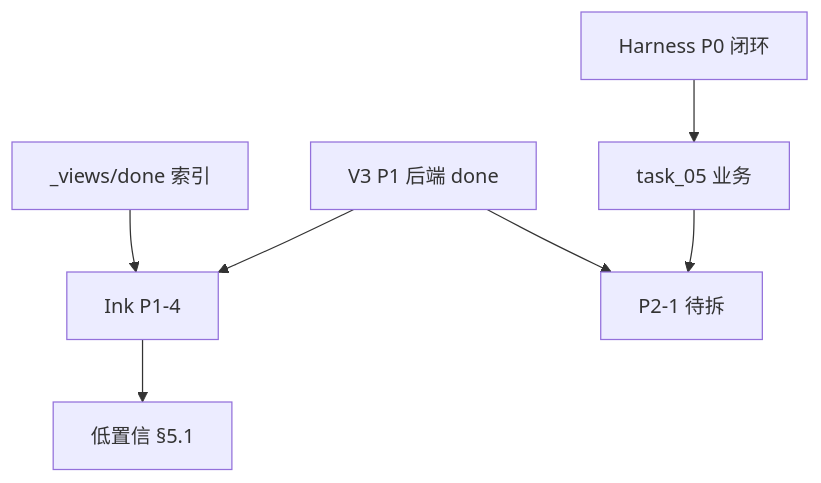
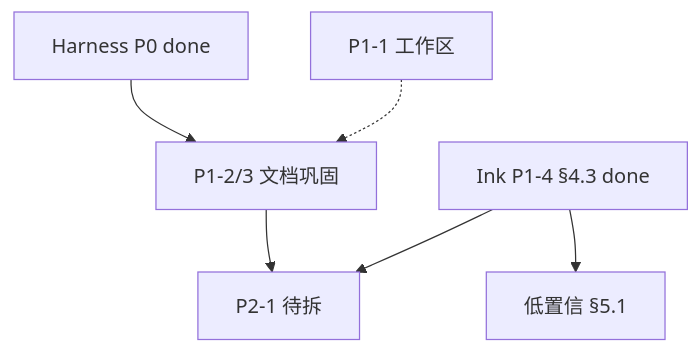
One commit to Cyning12/ai-ink-brain-api-python changed the second of 2 diagrams in docs/tasks/RECENT_TASK_SCHEDULE.md. Above: the diagram before and after it, drawn with Mermaid. The commit also changed other lines of this file, not shown here.

Commit message:
docs(tasks): 排期同步 P0 收口、Ink P1-4 烟测与 Harness P1 下一棒

````diff
--- a/docs/tasks/RECENT_TASK_SCHEDULE.md
+++ b/docs/tasks/RECENT_TASK_SCHEDULE.md
@@ -179,9 +176,8 @@
 ```mermaid
 flowchart TD
-  HAR[Harness P0 闭环] --> T05[task_05 业务]
-  P0IDX[_views/done 索引] --> P1FE[Ink P1-4]
-  P1BE[V3 P1 后端 done] --> P1FE
-  P1FE --> LC[低置信 §5.1]
-  P1BE --> P21[P2-1 待拆]
-  T05 --> P21
+  HAR[Harness P0 done] --> P1DOC[P1-2/3 文档巩固]
+  P1DOC --> P21[P2-1 待拆]
+  P1FE[Ink P1-4 §4.3 done] --> LC[低置信 §5.1]
+  P1FE --> P21
+  P11WS[P1-1 工作区] -.-> P1DOC
 ```
````
